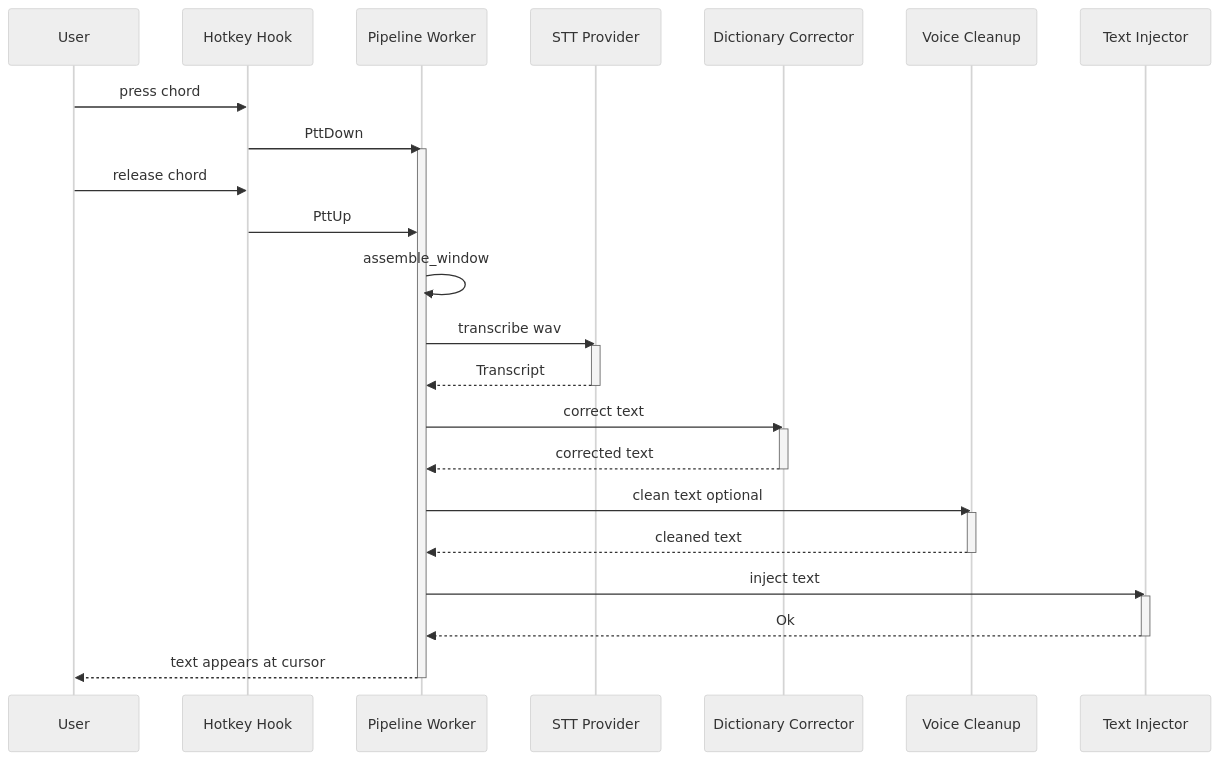
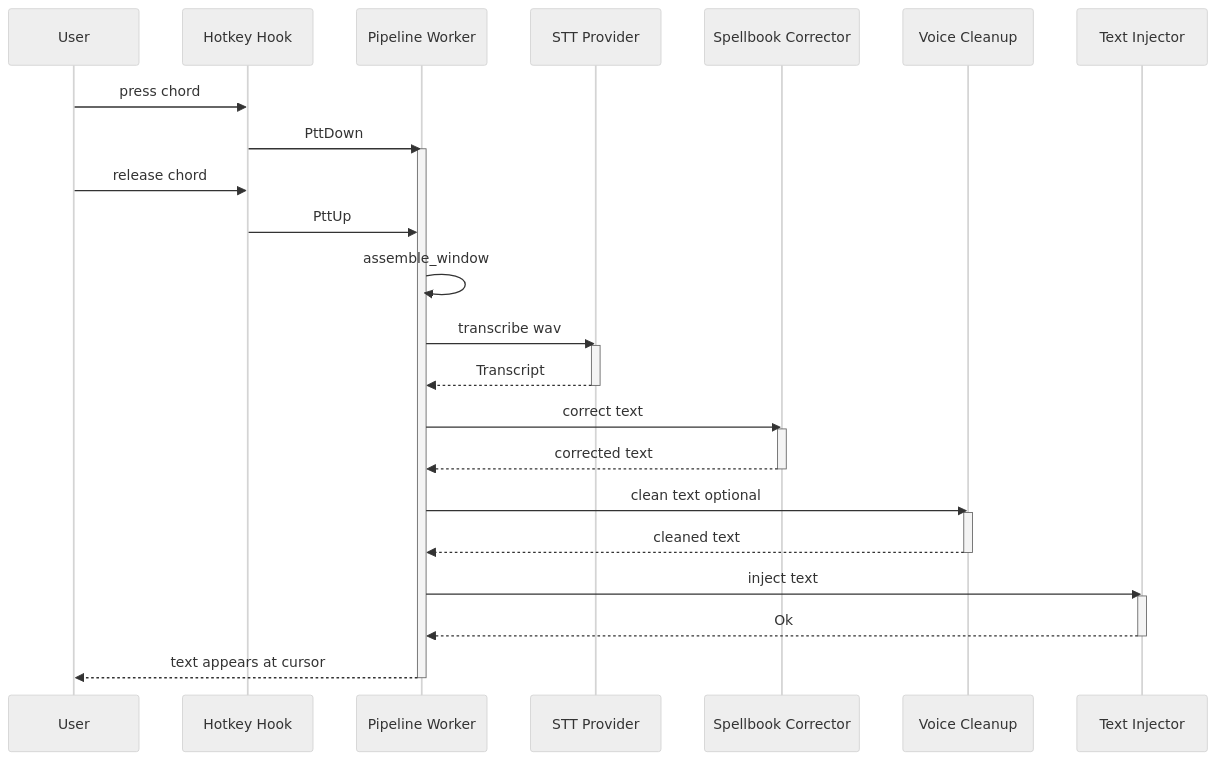
One commit to BoardPandas/Hark changed the second of 3 diagrams in Docs/core/ARCHITECTURE.md. Above: the diagram before and after it, drawn with Mermaid (neutral theme). The commit also changed other lines of this file and 63 other files, not shown here.

First line of the commit message:
Rename the Dictionary to the Spellbook (0.26.0)

````diff
--- a/Docs/core/ARCHITECTURE.md
+++ b/Docs/core/ARCHITECTURE.md
@@ -101,35 +101,35 @@
 ```mermaid
 sequenceDiagram
     participant User
     participant Hook as Hotkey Hook
     participant Worker as Pipeline Worker
     participant STT as STT Provider
-    participant Dict as Dictionary Corrector
+    participant Dict as Spellbook Corrector
     participant Voice as Voice Cleanup
     participant Inject as Text Injector
 
     User->>Hook: press chord
     Hook->>Worker: PttDown
     activate Worker
     User->>Hook: release chord
     Hook->>Worker: PttUp
     Worker->>Worker: assemble_window
     Worker->>STT: transcribe wav
     activate STT
     STT-->>Worker: Transcript
     deactivate STT
     Worker->>Dict: correct text
     activate Dict
     Dict-->>Worker: corrected text
     deactivate Dict
     Worker->>Voice: clean text optional
     activate Voice
     Voice-->>Worker: cleaned text
     deactivate Voice
     Worker->>Inject: inject text
     activate Inject
     Inject-->>Worker: Ok
     deactivate Inject
     Worker-->>User: text appears at cursor
     deactivate Worker
 ```
````
